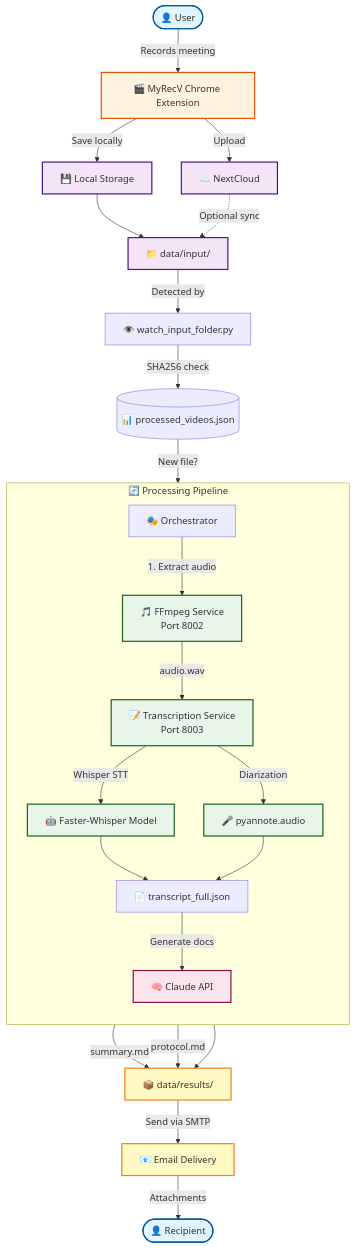
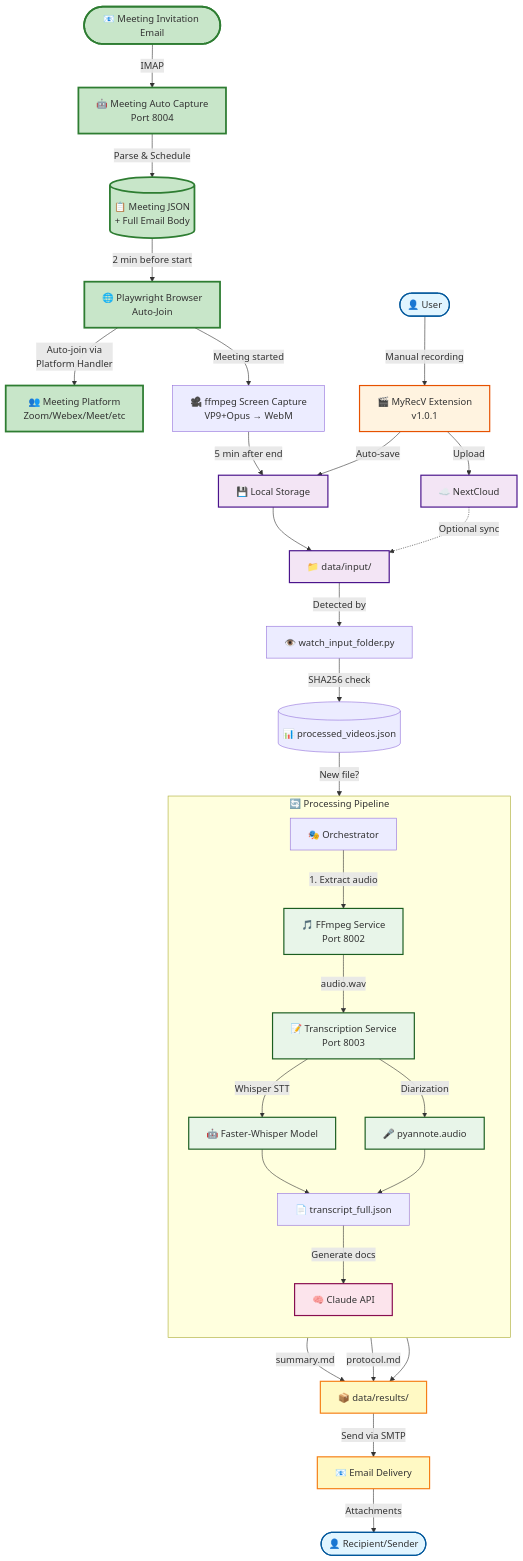
Before and after one commit to szhilko196/Rec-Transcribe-Send: the diagram in README.md, drawn with Mermaid. The commit also changed other lines of this file and 1152 other files, not shown here.

Commit message:
Getting email, parsing meet links, autoconnect and Capturing from yandex telemost (manual tested.)

````diff
--- a/README.md
+++ b/README.md
@@ -23,54 +39,67 @@
 ```mermaid
 flowchart TB
-    %% User interaction
-    User([👤 User]) -->|Records meeting| Extension[🎬 MyRecV Chrome Extension]
+    %% Automated meeting capture with ffmpeg
+    EmailInvite([📧 Meeting Invitation Email]) -->|IMAP| AutoCapture[🤖 Meeting Auto Capture<br/>Port 8004]
+
+    AutoCapture -->|Parse & Schedule| MeetingDB[(📋 Meeting JSON<br/>+ Full Email Body)]
+    MeetingDB -->|2 min before start| Browser[🌐 Playwright Browser<br/>Auto-Join]
+
+    Browser -->|Auto-join via<br/>Platform Handler| Meeting[👥 Meeting Platform<br/>Zoom/Webex/Meet/etc]
+    Browser -->|Meeting started| FFmpegRec[🎥 ffmpeg Screen Capture<br/>VP9+Opus → WebM]
+
+    FFmpegRec -->|5 min after end| LocalSave[💾 Local Storage]
+
+    %% Manual recording path
+    User([👤 User]) -->|Manual recording| Extension[🎬 MyRecV Extension<br/>v1.0.1]
 
     %% Recording options
-    Extension -->|Save locally| LocalSave[💾 Local Storage]
+    Extension -->|Auto-save| LocalSave
     Extension -->|Upload| NextCloud[☁️ NextCloud]
 
     %% Local processing path
     LocalSave --> InputFolder[📁 data/input/]
     NextCloud -.->|Optional sync| InputFolder
 
     %% Automatic monitoring
     InputFolder -->|Detected by| Watcher[👁️ watch_input_folder.py]
     Watcher -->|SHA256 check| Database[(📊 processed_videos.json)]
     Database -->|New file?| Orchestrator[🎭 Orchestrator]
 
     %% Processing pipeline
     subgraph Processing["🔄 Processing Pipeline"]
         direction TB
         Orchestrator -->|1. Extract audio| FFmpeg[🎵 FFmpeg Service<br/>Port 8002]
         FFmpeg -->|audio.wav| Transcription[📝 Transcription Service<br/>Port 8003]
         Transcription -->|Whisper STT| WhisperModel[🤖 Faster-Whisper Model]
         Transcription -->|Diarization| PyannoteModel[🎤 pyannote.audio]
         WhisperModel --> TranscriptJSON[📄 transcript_full.json]
         PyannoteModel --> TranscriptJSON
         TranscriptJSON -->|Generate docs| Claude[🧠 Claude API]
     end
 
     %% Results
     Claude -->|summary.md| Results[📦 data/results/]
     Claude -->|protocol.md| Results
     TranscriptJSON --> Results
 
     %% Email delivery
     Results -->|Send via SMTP| Email[📧 Email Delivery]
-    Email -->|Attachments| Recipient([👤 Recipient])
+    Email -->|Attachments| Recipient([👤 Recipient/Sender])
 
     %% Styling
+    classDef newClass fill:#c8e6c9,stroke:#2e7d32,stroke-width:3px
     classDef userClass fill:#e1f5ff,stroke:#01579b,stroke-width:2px
     classDef extensionClass fill:#fff3e0,stroke:#e65100,stroke-width:2px
     classDef storageClass fill:#f3e5f5,stroke:#4a148c,stroke-width:2px
     classDef processClass fill:#e8f5e9,stroke:#1b5e20,stroke-width:2px
     classDef aiClass fill:#fce4ec,stroke:#880e4f,stroke-width:2px
     classDef resultClass fill:#fff9c4,stroke:#f57f17,stroke-width:2px
 
+    class EmailInvite,AutoCapture,MeetingDB,Browser,Meeting newClass
     class User,Recipient userClass
     class Extension extensionClass
     class LocalSave,NextCloud,InputFolder storageClass
     class FFmpeg,Transcription,WhisperModel,PyannoteModel processClass
     class Claude aiClass
     class Results,Email resultClass
 ```
````
